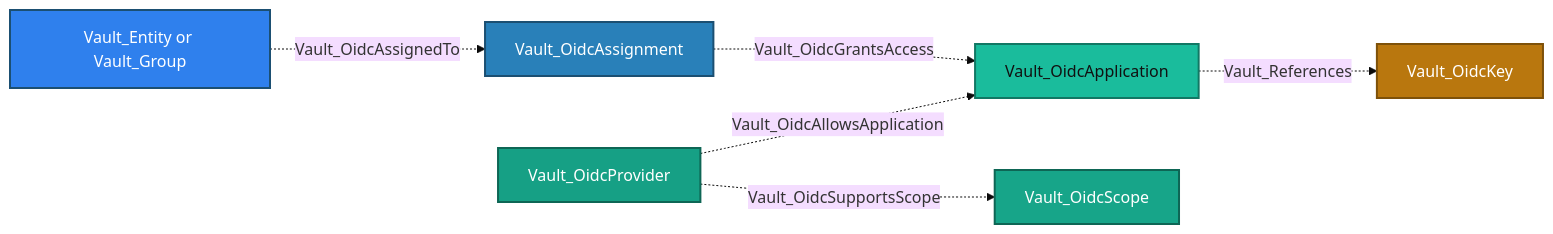
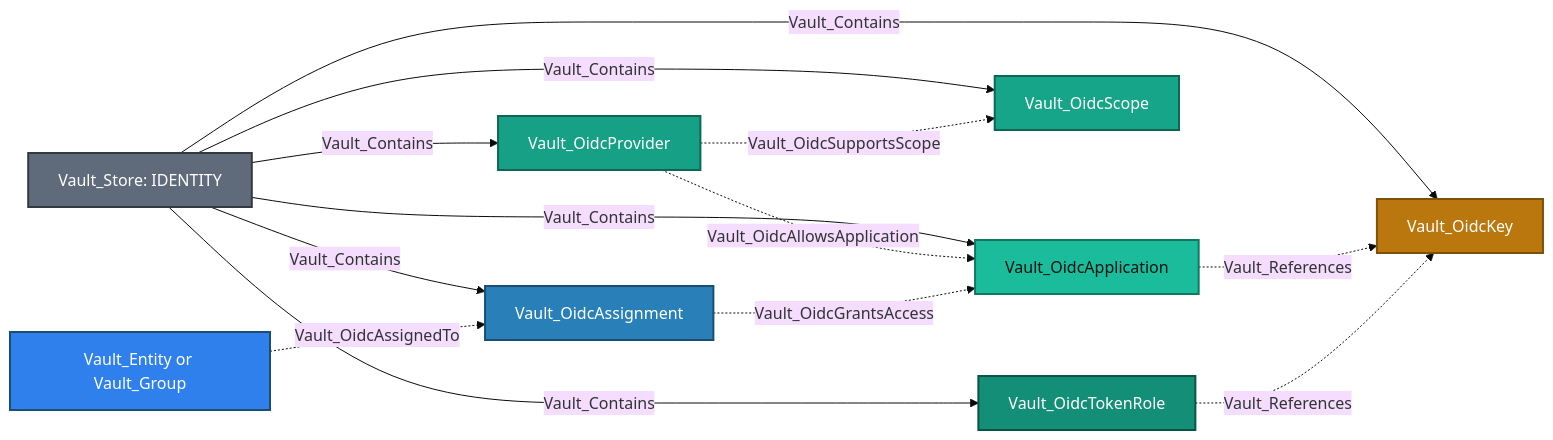
One commit to bytewreck/opengraph-vault changed the fifth of 13 diagrams in Documentation/stores/IDENTITY.md. Above: the diagram before and after it, drawn with Mermaid (base theme). The commit also changed other lines of this file and 6 other files, not shown here.

````diff
--- a/Documentation/stores/IDENTITY.md
+++ b/Documentation/stores/IDENTITY.md
@@ -347,15 +252,24 @@
 ```mermaid
 flowchart LR
-    provider[Vault_OidcProvider]:::oidcProviderNode -.->|Vault_OidcAllowsApplication| app[Vault_OidcApplication]:::oidcApplicationNode
-    provider -.->|Vault_OidcSupportsScope| scope[Vault_OidcScope]:::oidcScopeNode
-    app -.->|Vault_References| key[Vault_OidcKey]:::oidcKeyNode
-    principal[Vault_Entity or Vault_Group]:::identityNode -.->|Vault_OidcAssignedTo| assignment[Vault_OidcAssignment]:::oidcAssignmentNode
+    store[Vault_Store: IDENTITY]:::storeNode -->|Vault_Contains| provider[Vault_OidcProvider]:::oidcProviderNode
+    store -->|Vault_Contains| app[Vault_OidcApplication]:::oidcApplicationNode
+    store -->|Vault_Contains| scope[Vault_OidcScope]:::oidcScopeNode
+    store -->|Vault_Contains| key[Vault_OidcKey]:::oidcKeyNode
+    store -->|Vault_Contains| assignment[Vault_OidcAssignment]:::oidcAssignmentNode
+    store -->|Vault_Contains| role[Vault_OidcTokenRole]:::oidcTokenRoleNode
+    provider -.->|Vault_OidcAllowsApplication| app
+    provider -.->|Vault_OidcSupportsScope| scope
+    app -.->|Vault_References| key
+    role -.->|Vault_References| key
+    principal[Vault_Entity or Vault_Group]:::identityNode -.->|Vault_OidcAssignedTo| assignment
     assignment -.->|Vault_OidcGrantsAccess| app
 
+    classDef storeNode fill:#5F6B7A,color:#fff,stroke:#343A40,stroke-width:2px
     classDef oidcProviderNode fill:#16A085,color:#fff,stroke:#0E6655,stroke-width:2px
     classDef oidcApplicationNode fill:#1ABC9C,color:#111,stroke:#117864,stroke-width:2px
     classDef oidcScopeNode fill:#17A589,color:#fff,stroke:#0E6655,stroke-width:2px
     classDef oidcKeyNode fill:#B9770E,color:#fff,stroke:#7E5109,stroke-width:2px
     classDef oidcAssignmentNode fill:#2980B9,color:#fff,stroke:#1B4F72,stroke-width:2px
+    classDef oidcTokenRoleNode fill:#148F77,color:#fff,stroke:#0B5345,stroke-width:2px
     classDef identityNode fill:#2F80ED,color:#fff,stroke:#1B4F72,stroke-width:2px
 ```
````
